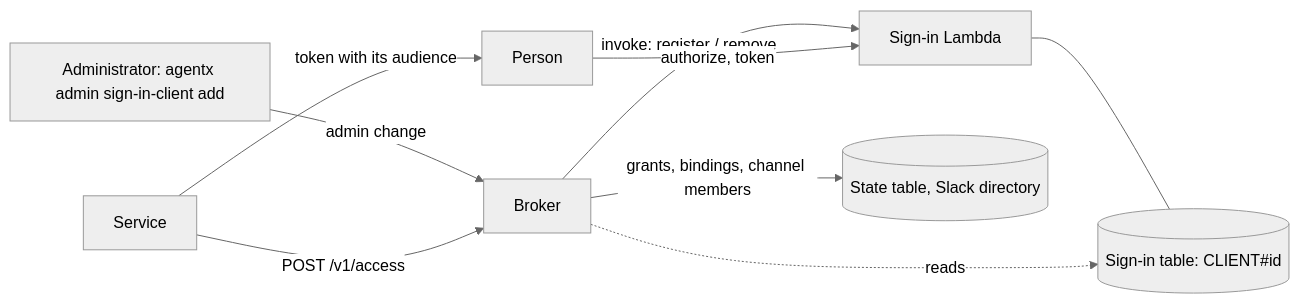
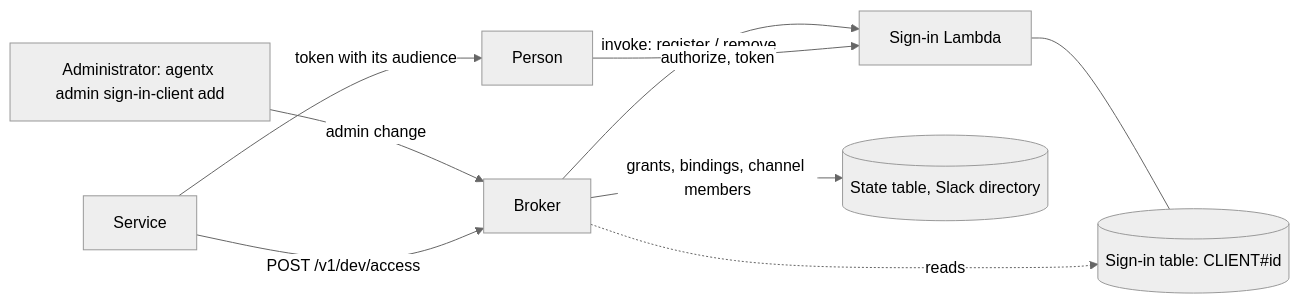
Before and after one commit to PrepLabsAI/Rovara: the diagram in specs/063-sign-in-clients/plan.md, drawn with Mermaid (neutral theme). The commit also changed other lines of this file and 11 other files, not shown here.

````diff
--- a/specs/063-sign-in-clients/plan.md
+++ b/specs/063-sign-in-clients/plan.md
@@ -7,11 +7,11 @@
 ```mermaid
 flowchart LR
   A[Administrator: agentx admin sign-in-client add] -->|admin change| B[Broker]
   B -->|invoke: register / remove| S[Sign-in Lambda]
   S --- T[(Sign-in table: CLIENT#id)]
   P[Person] -->|authorize, token| S
   X[Service] -->|token with its audience| P
-  X -->|POST /v1/access| B
+  X -->|POST /v1/dev/access| B
   B -.reads.-> T
   B -->|grants, bindings, channel members| G[(State table, Slack directory)]
 ```
````
